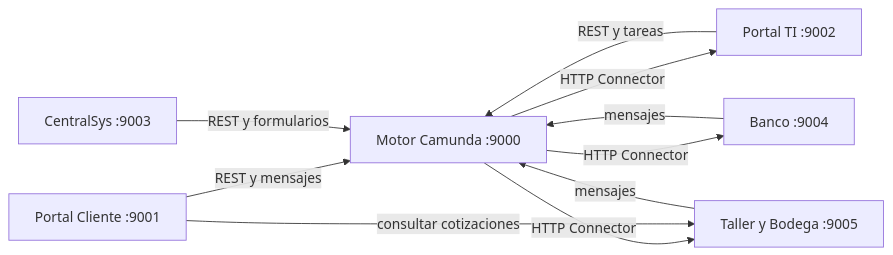
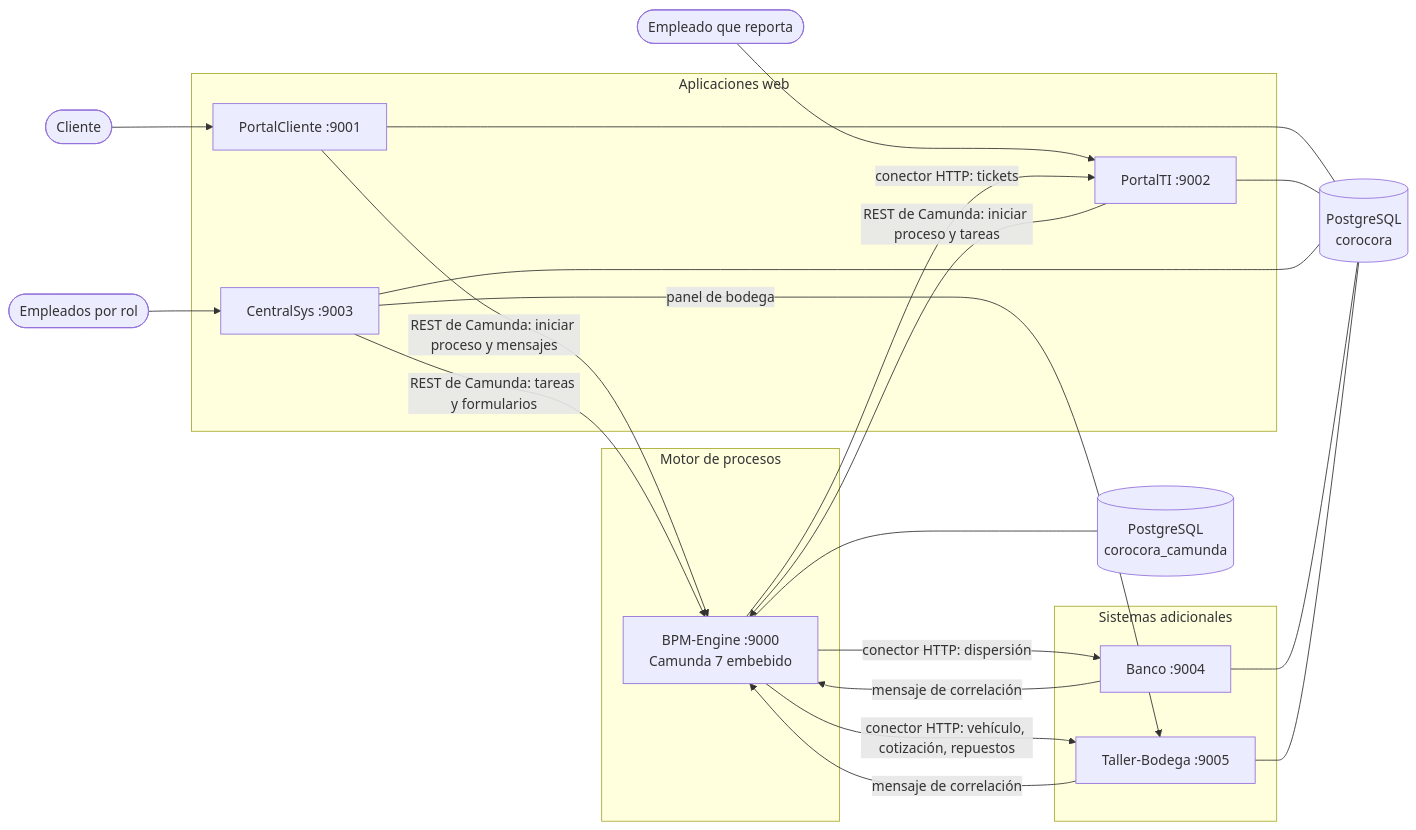
The diagram in README.md (MiguelMorales1125/Corocora-Benz), drawn with Mermaid before and after one commit. The commit also changed other lines of this file and 209 other files, not shown here.

First line of the commit message:
Hub documentado, sistemas integrados y repositorios por componente

````diff
--- a/README.md
+++ b/README.md
@@ -7,12 +79,38 @@
 ```mermaid
 flowchart LR
-  PC[Portal Cliente :9001] -->|REST y mensajes| E[Motor Camunda :9000]
-  TI[Portal TI :9002] -->|REST y tareas| E
-  CS[CentralSys :9003] -->|REST y formularios| E
-  E -->|HTTP Connector| TI
-  E -->|HTTP Connector| BA[Banco :9004]
-  E -->|HTTP Connector| TB[Taller y Bodega :9005]
-  BA -->|mensajes| E
-  TB -->|mensajes| E
-  PC -->|consultar cotizaciones| TB
+  CL([Cliente]) --> PC
+  EM([Empleado que reporta]) --> TI
+  FU([Empleados por rol]) --> CS
+
+  subgraph WEB [Aplicaciones web]
+    PC[PortalCliente :9001]
+    TI[PortalTI :9002]
+    CS[CentralSys :9003]
+  end
+
+  subgraph MOTOR [Motor de procesos]
+    E[BPM-Engine :9000<br/>Camunda 7 embebido]
+  end
+
+  subgraph EXT [Sistemas adicionales]
+    BA[Banco :9004]
+    TB[Taller-Bodega :9005]
+  end
+
+  PC -->|REST de Camunda: iniciar proceso y mensajes| E
+  TI -->|REST de Camunda: iniciar proceso y tareas| E
+  CS -->|REST de Camunda: tareas y formularios| E
+  CS -->|panel de bodega| TB
+  E -->|conector HTTP: tickets| TI
+  E -->|conector HTTP: dispersión| BA
+  E -->|conector HTTP: vehículo, cotización, repuestos| TB
+  BA -->|mensaje de correlación| E
+  TB -->|mensaje de correlación| E
+
+  E --- DBE[(PostgreSQL<br/>corocora_camunda)]
+  PC --- DBN[(PostgreSQL<br/>corocora)]
+  TI --- DBN
+  CS --- DBN
+  BA --- DBN
+  TB --- DBN
 ```
````
